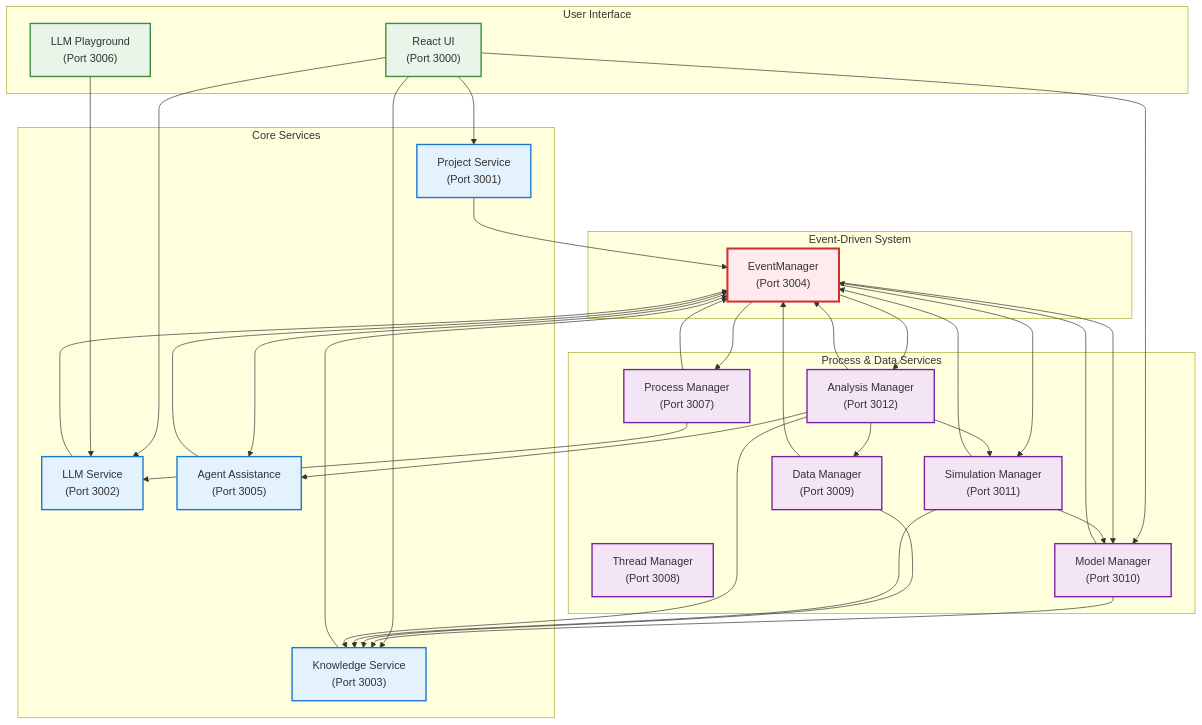
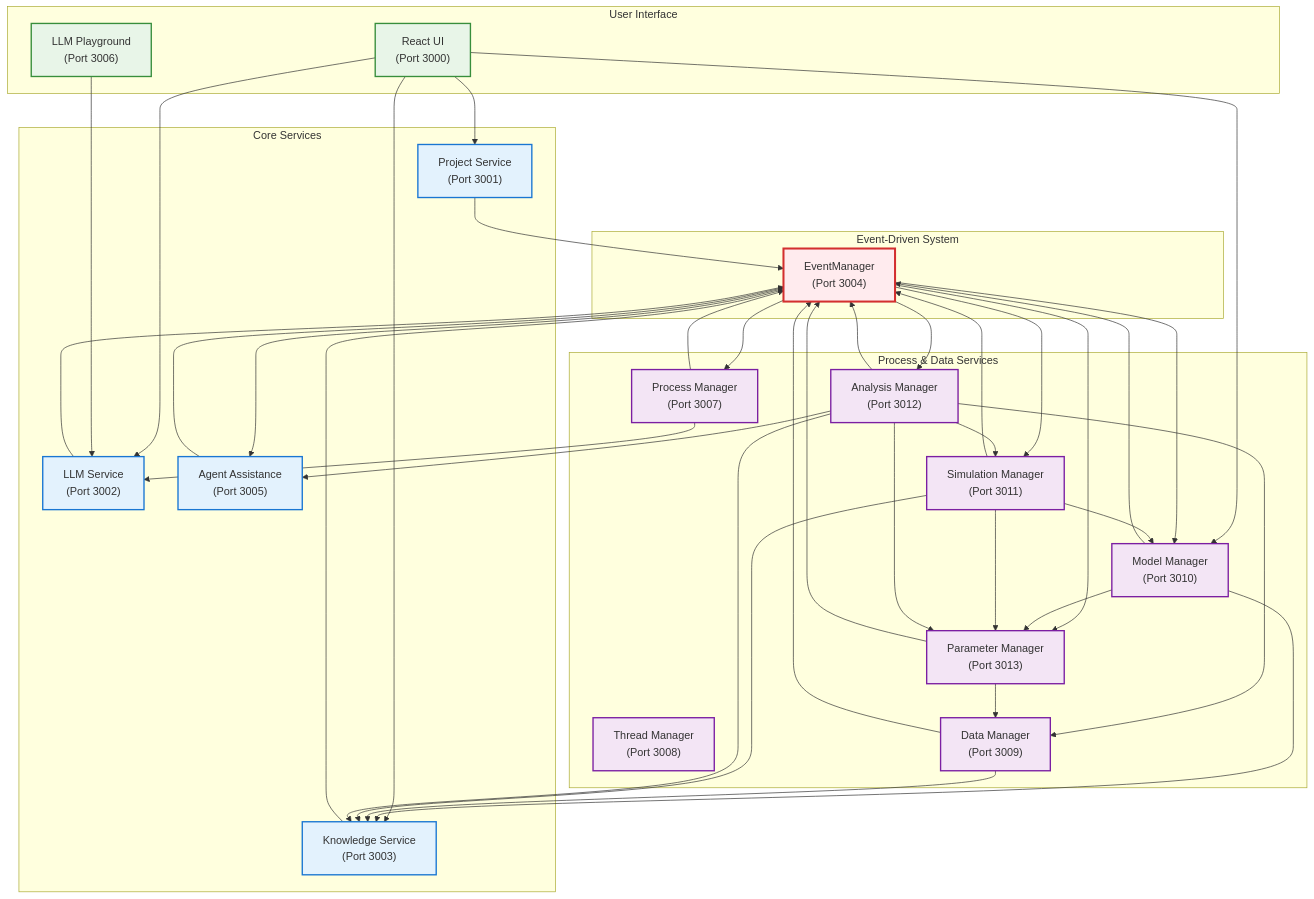
The first of 2 diagrams in docs/architecture/README.md (laserpointlabs/dadms), drawn with Mermaid before and after one commit. The commit also changed other lines of this file and 5 other files, not shown here.

First line of the commit message:
feat: Add Parameter Manager API documentation and architecture updates

````diff
--- a/docs/architecture/README.md
+++ b/docs/architecture/README.md
@@ -17,74 +17,81 @@
 ```mermaid
 %%{init: { 'flowchart': { 'curve': 'orthogonal' }}}%%
 flowchart TD
     subgraph UI["User Interface"]
         WebUI["React UI<br/>(Port 3000)"]
         Playground["LLM Playground<br/>(Port 3006)"]
     end
     
     subgraph CoreServices["Core Services"]
         ProjectService["Project Service<br/>(Port 3001)"]
         LLMService["LLM Service<br/>(Port 3002)"]
         KnowledgeService["Knowledge Service<br/>(Port 3003)"]
         AAS["Agent Assistance<br/>(Port 3005)"]
     end
     
     subgraph EventSystem["Event-Driven System"]
         EventManager["EventManager<br/>(Port 3004)"]
     end
     
     subgraph ProcessServices["Process & Data Services"]
         ProcessManager["Process Manager<br/>(Port 3007)"]
         ThreadManager["Thread Manager<br/>(Port 3008)"]
         DataManager["Data Manager<br/>(Port 3009)"]
         ModelManager["Model Manager<br/>(Port 3010)"]
         SimulationManager["Simulation Manager<br/>(Port 3011)"]
         AnalysisManager["Analysis Manager<br/>(Port 3012)"]
+        ParameterManager["Parameter Manager<br/>(Port 3013)"]
     end
     
     %% UI connections
     WebUI --> ProjectService
     WebUI --> KnowledgeService
     WebUI --> LLMService
     WebUI --> ModelManager
     Playground --> LLMService
     
     %% Service to EventManager connections
     ProjectService --> EventManager
     LLMService --> EventManager
     KnowledgeService --> EventManager
     AAS --> EventManager
     ProcessManager --> EventManager
     DataManager --> EventManager
     ModelManager --> EventManager
     SimulationManager --> EventManager
     AnalysisManager --> EventManager
+    ParameterManager --> EventManager
     
     %% EventManager back to services
     EventManager --> AAS
     EventManager --> ProcessManager
     EventManager --> ModelManager
     EventManager --> SimulationManager
     EventManager --> AnalysisManager
+    EventManager --> ParameterManager
     
     %% Service interconnections
     ProcessManager --> LLMService
     ModelManager --> KnowledgeService
+    ModelManager --> ParameterManager
     DataManager --> KnowledgeService
     SimulationManager --> ModelManager
     SimulationManager --> KnowledgeService
+    SimulationManager --> ParameterManager
     AnalysisManager --> SimulationManager
     AnalysisManager --> DataManager
     AnalysisManager --> KnowledgeService
     AnalysisManager --> AAS
+    AnalysisManager --> ParameterManager
+    ParameterManager --> DataManager
     
     classDef ui fill:#e8f5e8,stroke:#388e3c,stroke-width:2px;
     classDef core fill:#e3f2fd,stroke:#1976d2,stroke-width:2px;
     classDef event fill:#ffebee,stroke:#d32f2f,stroke-width:3px;
     classDef process fill:#f3e5f5,stroke:#7b1fa2,stroke-width:2px;
     
     class WebUI,Playground ui;
     class ProjectService,LLMService,KnowledgeService,AAS core;
     class EventManager event;
-    class ProcessManager,ThreadManager,DataManager,ModelManager,SimulationManager,AnalysisManager process;
+    class ProcessManager,ThreadManager,DataManager,ModelManager,SimulationManager,AnalysisManager,ParameterManager process;
 ```
````
